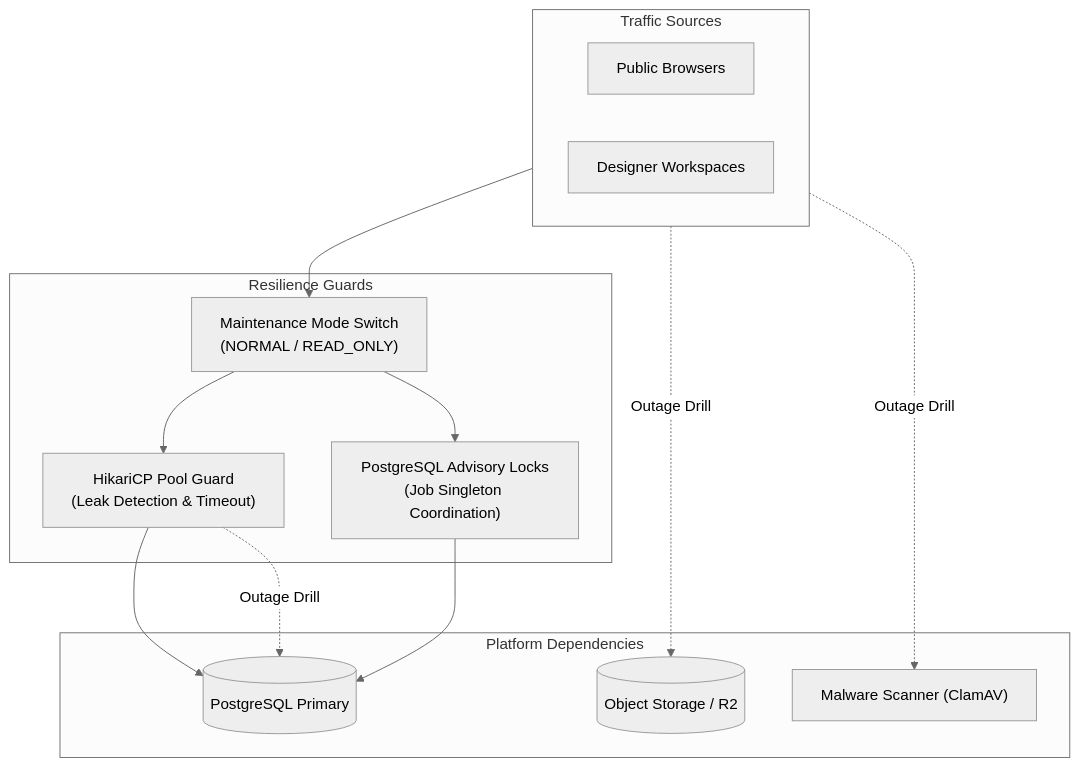
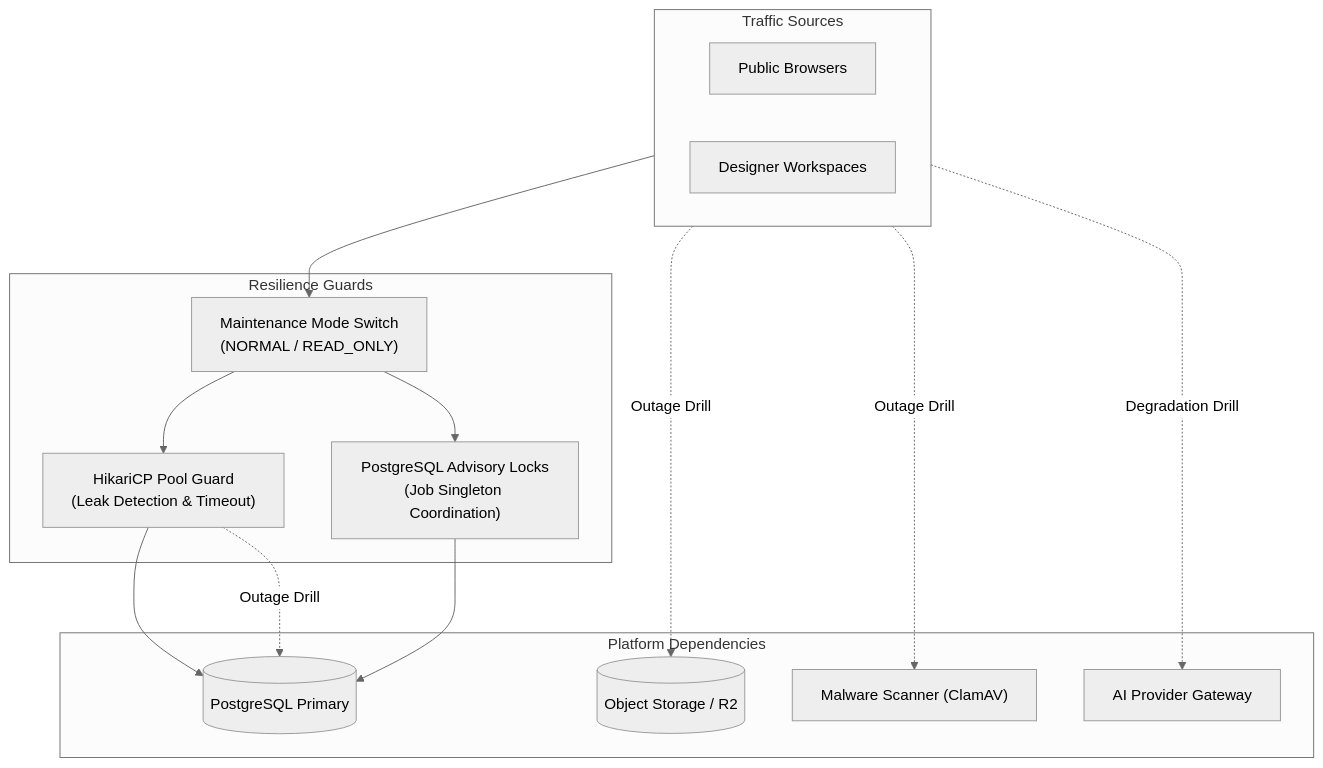
One commit to mani1715/Interior changed the diagram in docs/PHASE_12H_RESILIENCE_AND_FAILURE_REPORT.md. Above: the diagram before and after it, drawn with Mermaid (neutral theme). The commit also changed other lines of this file and 20 other files, not shown here.

````diff
--- a/docs/PHASE_12H_RESILIENCE_AND_FAILURE_REPORT.md
+++ b/docs/PHASE_12H_RESILIENCE_AND_FAILURE_REPORT.md
@@ -14,28 +14,30 @@
 ```mermaid
 flowchart TD
     subgraph Clients["Traffic Sources"]
         Public["Public Browsers"]
         Designers["Designer Workspaces"]
     end
 
     subgraph Resilience["Resilience Guards"]
         Maintenance["Maintenance Mode Switch\n(NORMAL / READ_ONLY)"]
         PoolGuard["HikariCP Pool Guard\n(Leak Detection & Timeout)"]
         AdvisoryLock["PostgreSQL Advisory Locks\n(Job Singleton Coordination)"]
     end
 
     subgraph Dependencies["Platform Dependencies"]
         DB[(PostgreSQL Primary)]
         R2[(Object Storage / R2)]
         Scanner["Malware Scanner (ClamAV)"]
+        AI["AI Provider Gateway"]
     end
 
     Clients --> Maintenance
     Maintenance --> PoolGuard
     PoolGuard --> DB
     Maintenance --> AdvisoryLock
     AdvisoryLock --> DB
     PoolGuard -. Outage Drill .-> DB
     Clients -. Outage Drill .-> R2
     Clients -. Outage Drill .-> Scanner
+    Clients -. Degradation Drill .-> AI
 ```
````
